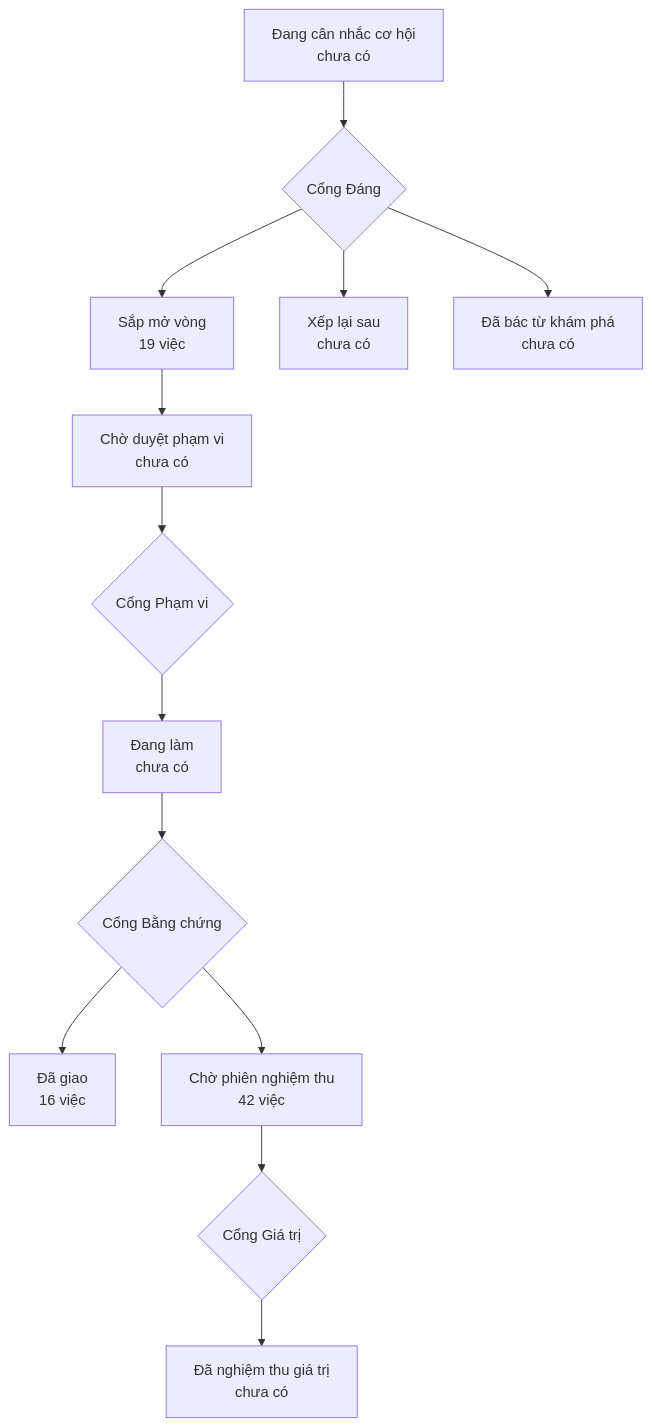
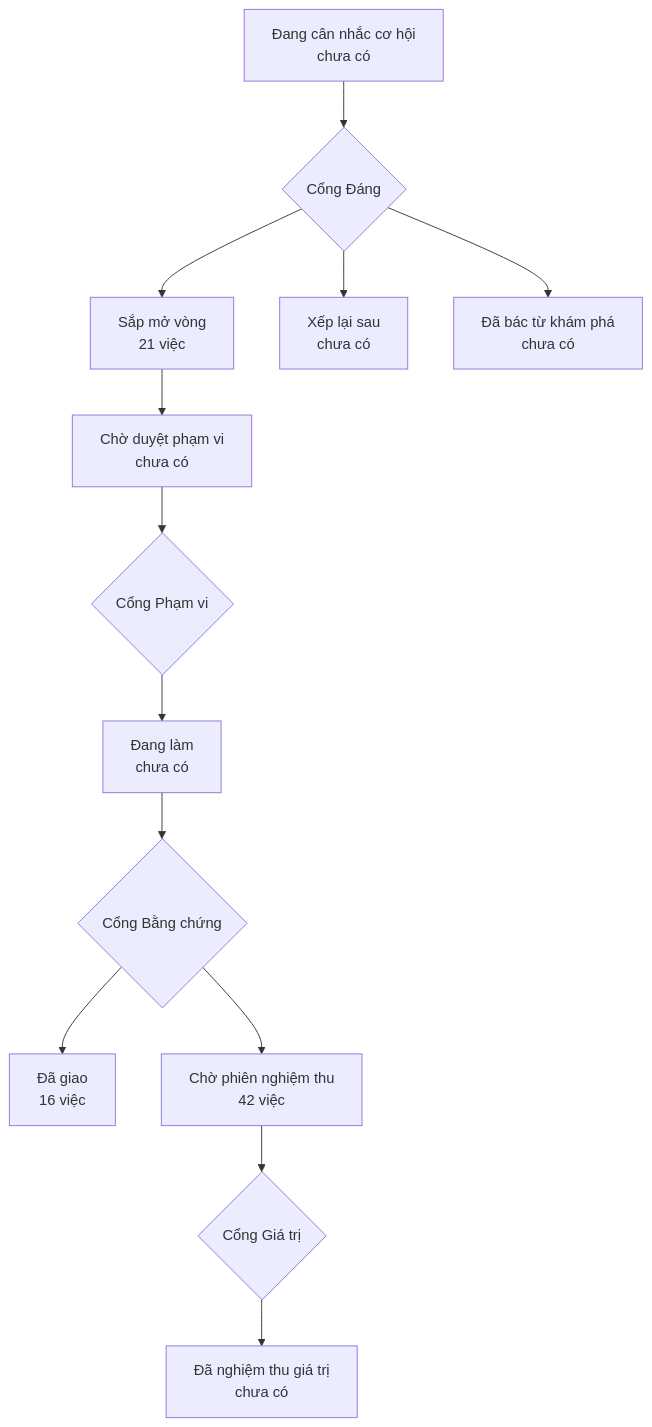
Before and after one commit to phanlemanh/onehub-quy-hang: the diagram in PRODUCT-MAP.md, drawn with Mermaid. The commit also changed other lines of this file and 11 other files, not shown here.

````diff
--- a/PRODUCT-MAP.md
+++ b/PRODUCT-MAP.md
@@ -7,12 +7,12 @@
 ```mermaid
 flowchart TD
   A["Đang cân nhắc cơ hội<br/>chưa có"] --> GD{"Cổng Đáng"}
-  GD --> B["Sắp mở vòng<br/>19 việc"]
+  GD --> B["Sắp mở vòng<br/>21 việc"]
   GD --> XL["Xếp lại sau<br/>chưa có"]
   GD --> DB["Đã bác từ khám phá<br/>chưa có"]
   B --> CD["Chờ duyệt phạm vi<br/>chưa có"] --> GP{"Cổng Phạm vi"}
   GP --> DL["Đang làm<br/>chưa có"] --> GB{"Cổng Bằng chứng"}
   GB --> DG["Đã giao<br/>16 việc"]
   GB --> CN["Chờ phiên nghiệm thu<br/>42 việc"] --> GG{"Cổng Giá trị"}
   GG --> NT["Đã nghiệm thu giá trị<br/>chưa có"]
 ```
````
